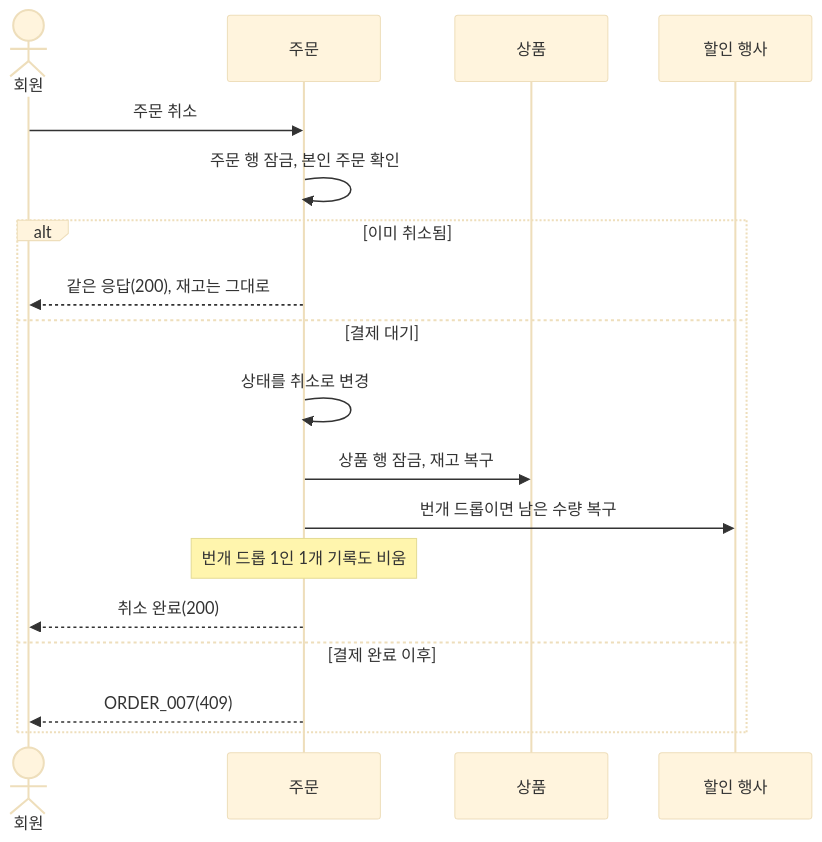
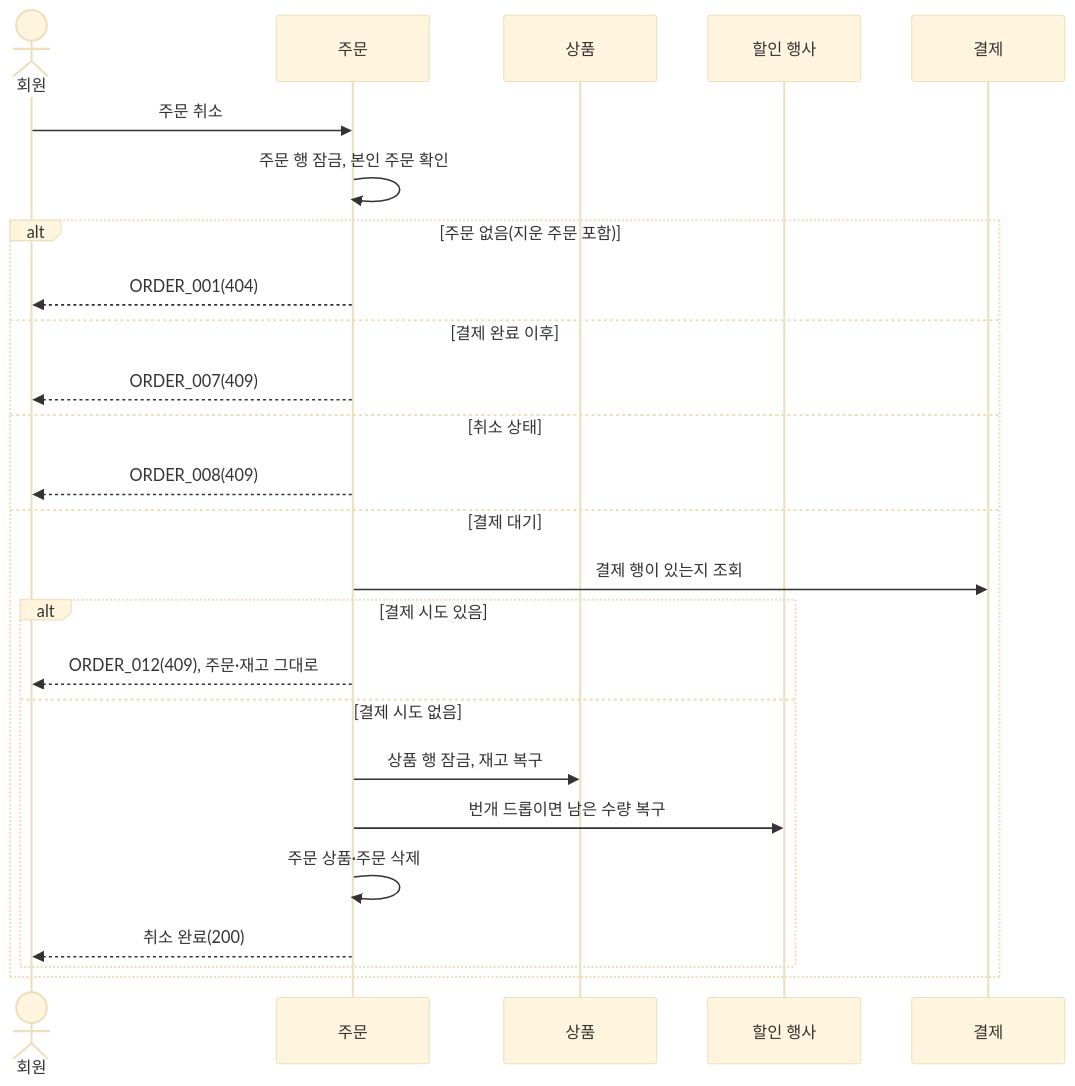
Before and after one commit to OdinAhn/take-care-of-my-fridge: the second of 2 diagrams in docs/architecture/domains/order.md, drawn with Mermaid (base theme). The commit also changed other lines of this file and 3 other files, not shown here.

````diff
--- a/docs/architecture/domains/order.md
+++ b/docs/architecture/domains/order.md
@@ -71,20 +77,27 @@
 ```mermaid
 sequenceDiagram
     actor 회원
     participant 주문
     participant 상품
     participant 할인 as 할인 행사
+    participant 결제
     회원->>주문: 주문 취소
     주문->>주문: 주문 행 잠금, 본인 주문 확인
-    alt 이미 취소됨
-        주문-->>회원: 같은 응답(200), 재고는 그대로
-    else 결제 대기
-        주문->>주문: 상태를 취소로 변경
-        주문->>상품: 상품 행 잠금, 재고 복구
-        주문->>할인: 번개 드롭이면 남은 수량 복구
-        Note over 주문: 번개 드롭 1인 1개 기록도 비움
-        주문-->>회원: 취소 완료(200)
+    alt 주문 없음(지운 주문 포함)
+        주문-->>회원: ORDER_001(404)
     else 결제 완료 이후
         주문-->>회원: ORDER_007(409)
+    else 취소 상태
+        주문-->>회원: ORDER_008(409)
+    else 결제 대기
+        주문->>결제: 결제 행이 있는지 조회
+        alt 결제 시도 있음
+            주문-->>회원: ORDER_012(409), 주문·재고 그대로
+        else 결제 시도 없음
+            주문->>상품: 상품 행 잠금, 재고 복구
+            주문->>할인: 번개 드롭이면 남은 수량 복구
+            주문->>주문: 주문 상품·주문 삭제
+            주문-->>회원: 취소 완료(200)
+        end
     end
 ```
````
